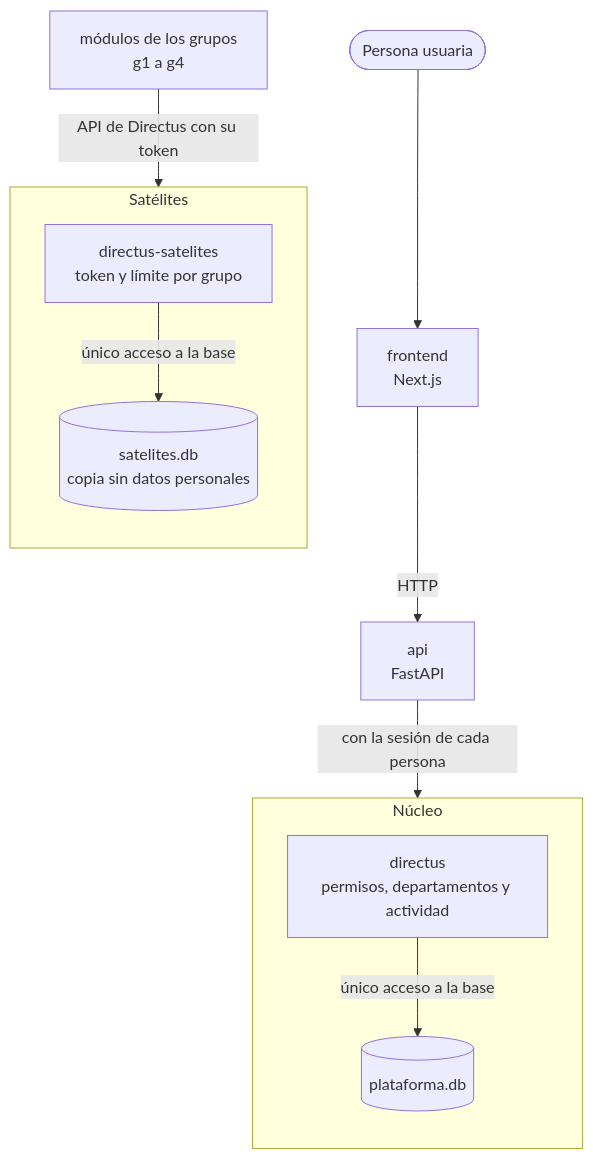
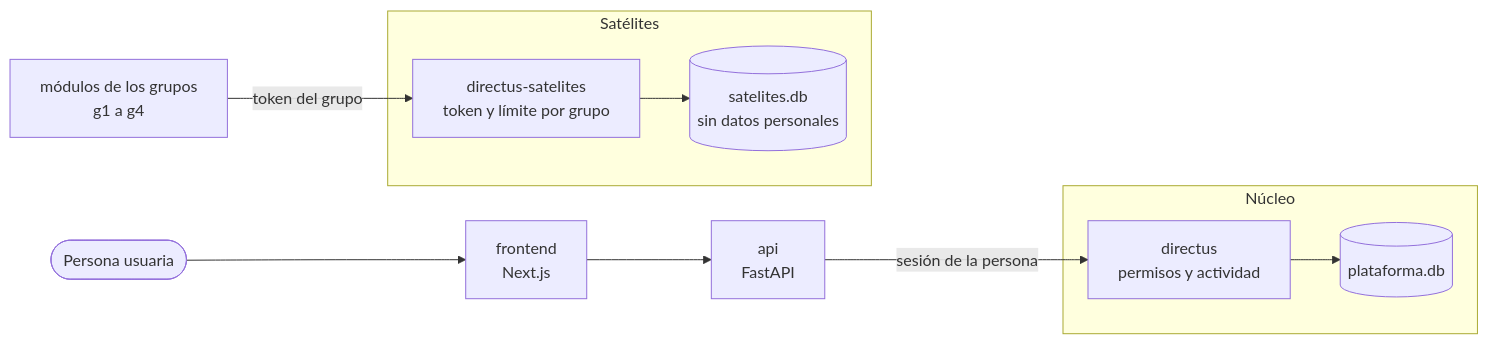
The diagram in README.md (Capstone-2026-DISC/DISC-Scheduling), drawn with Mermaid before and after one commit.

Commit message:
docs: lay the architecture diagram out horizontally

````diff
--- a/README.md
+++ b/README.md
@@ -19,22 +19,15 @@
 ```mermaid
-flowchart TB
-    persona(["Persona usuaria"]) --> frontend["frontend<br/>Next.js"]
-    frontend -->|"HTTP"| api["api<br/>FastAPI"]
+flowchart LR
+    persona(["Persona usuaria"]) --> frontend["frontend<br/>Next.js"] --> api["api<br/>FastAPI"]
 
     subgraph nucleo["Núcleo"]
-        direction TB
-        directus["directus<br/>permisos, departamentos y actividad"]
-        db1[("plataforma.db")]
-        directus -->|"único acceso a la base"| db1
+        directus["directus<br/>permisos y actividad"] --> db1[("plataforma.db")]
     end
 
     subgraph sat["Satélites"]
-        direction TB
-        dsat["directus-satelites<br/>token y límite por grupo"]
-        db2[("satelites.db<br/>copia sin datos personales")]
-        dsat -->|"único acceso a la base"| db2
+        dsat["directus-satelites<br/>token y límite por grupo"] --> db2[("satelites.db<br/>sin datos personales")]
     end
 
-    api -->|"con la sesión de cada persona"| directus
-    modulos["módulos de los grupos<br/>g1 a g4"] -->|"API de Directus con su token"| dsat
+    api -->|"sesión de la persona"| directus
+    modulos["módulos de los grupos<br/>g1 a g4"] -->|"token del grupo"| dsat
 ```
````
